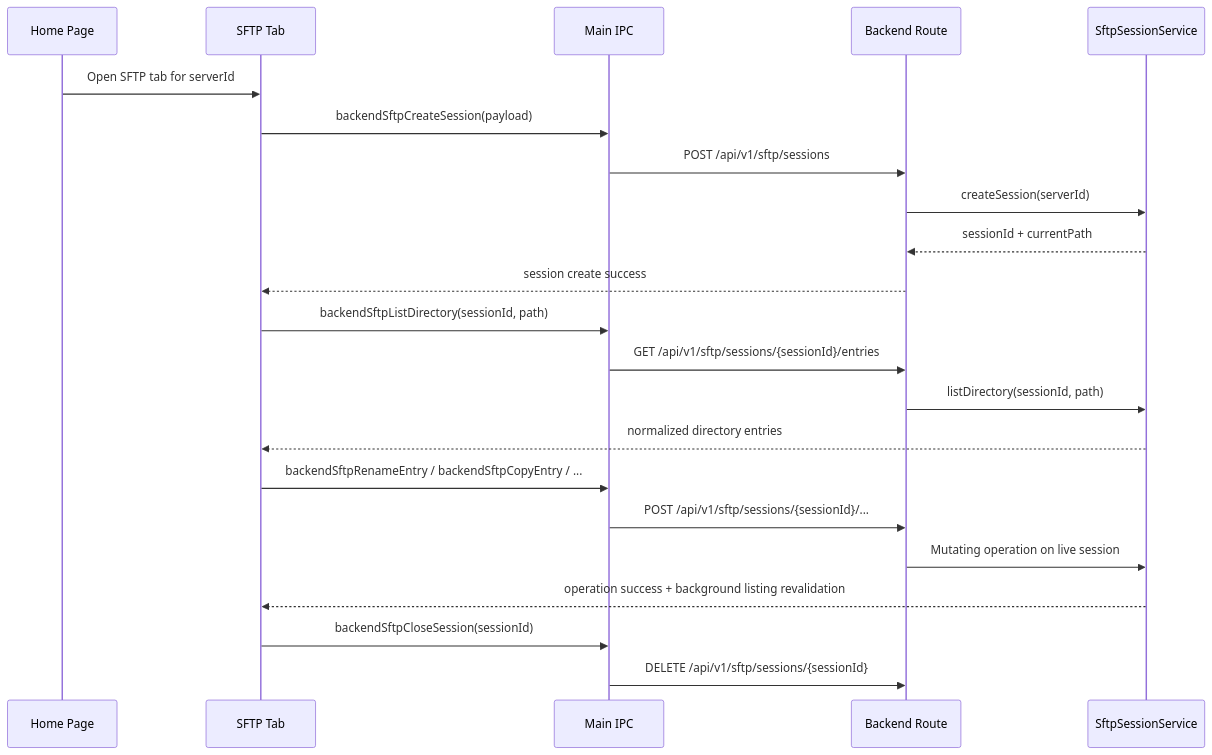
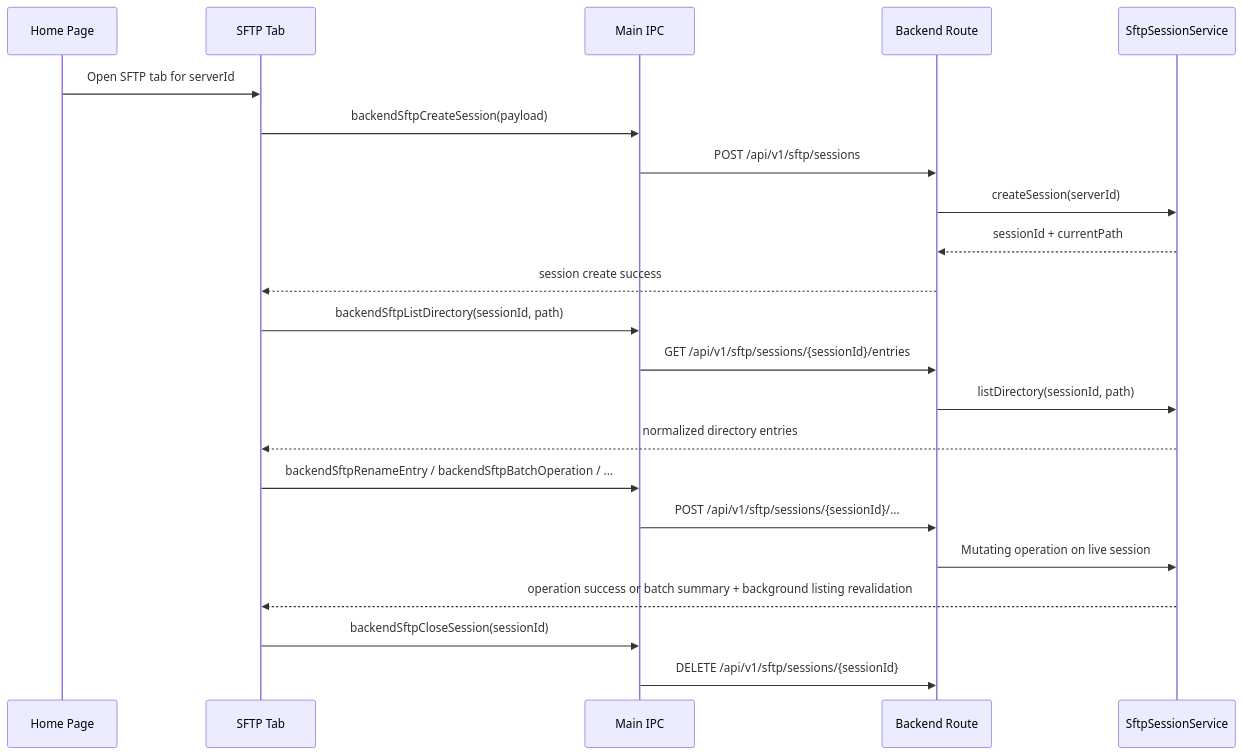
The second of 2 diagrams in docs/developer/runtime/sftp-file-system.md (XYZ1024-alt/Cosmosh), drawn with Mermaid before and after one commit. The commit also changed other lines of this file and 20 other files, not shown here.

Commit message:
feat: sftp batch operation

````diff
--- a/docs/developer/runtime/sftp-file-system.md
+++ b/docs/developer/runtime/sftp-file-system.md
@@ -75,25 +76,25 @@
 ```mermaid
 sequenceDiagram
   participant Home as Home Page
   participant UI as SFTP Tab
   participant Main as Main IPC
   participant API as Backend Route
   participant SFTP as SftpSessionService
 
   Home->>UI: Open SFTP tab for serverId
   UI->>Main: backendSftpCreateSession(payload)
   Main->>API: POST /api/v1/sftp/sessions
   API->>SFTP: createSession(serverId)
   SFTP-->>API: sessionId + currentPath
   API-->>UI: session create success
   UI->>Main: backendSftpListDirectory(sessionId, path)
   Main->>API: GET /api/v1/sftp/sessions/{sessionId}/entries
   API->>SFTP: listDirectory(sessionId, path)
   SFTP-->>UI: normalized directory entries
-  UI->>Main: backendSftpRenameEntry / backendSftpCopyEntry / ...
+  UI->>Main: backendSftpRenameEntry / backendSftpBatchOperation / ...
   Main->>API: POST /api/v1/sftp/sessions/{sessionId}/...
   API->>SFTP: Mutating operation on live session
-  SFTP-->>UI: operation success + background listing revalidation
+  SFTP-->>UI: operation success or batch summary + background listing revalidation
   UI->>Main: backendSftpCloseSession(sessionId)
   Main->>API: DELETE /api/v1/sftp/sessions/{sessionId}
 ```
````
